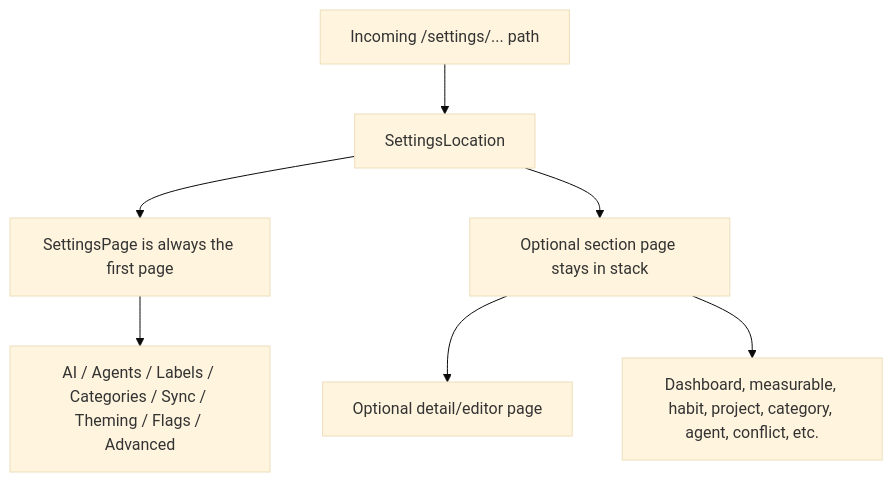
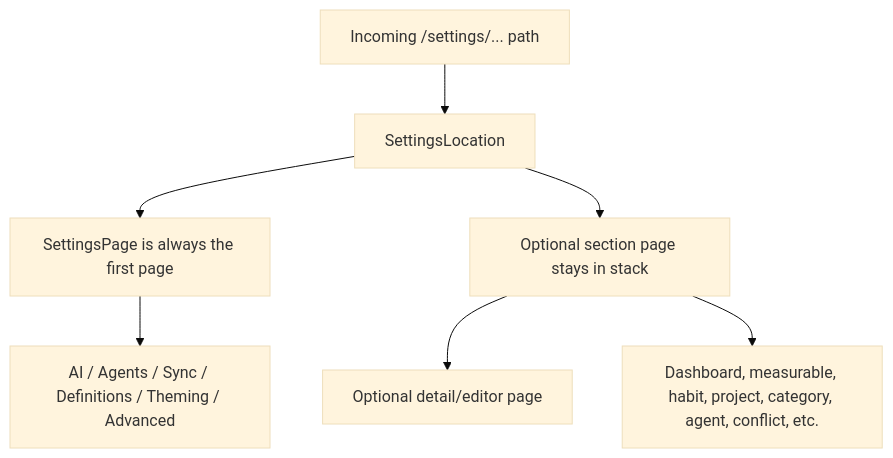
The first of 4 diagrams in lib/features/settings/README.md (matthiasn/lotti), drawn with Mermaid (base theme) before and after one commit. The commit also changed other lines of this file and 33 other files, not shown here.

Commit message:
refactor: group entity definitions and move flags under Advanced

````diff
--- a/lib/features/settings/README.md
+++ b/lib/features/settings/README.md
@@ -92,10 +94,10 @@
 ```mermaid
 flowchart TD
   Route["Incoming /settings/... path"] --> Location["SettingsLocation"]
   Location --> Base["SettingsPage is always the first page"]
   Location --> Section["Optional section page stays in stack"]
   Section --> Leaf["Optional detail/editor page"]
 
-  Base --> AI["AI / Agents / Labels / Categories / Sync / Theming / Flags / Advanced"]
+  Base --> AI["AI / Agents / Sync / Definitions / Theming / Advanced"]
   Section --> Editor["Dashboard, measurable, habit, project, category, agent, conflict, etc."]
 ```
````
